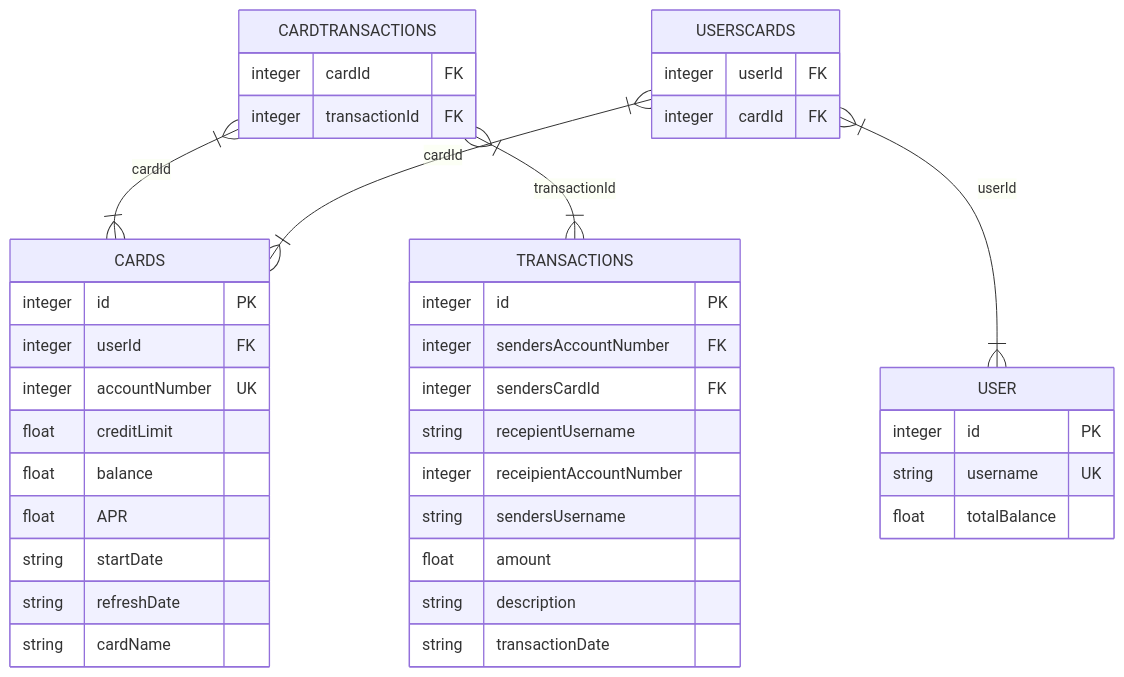
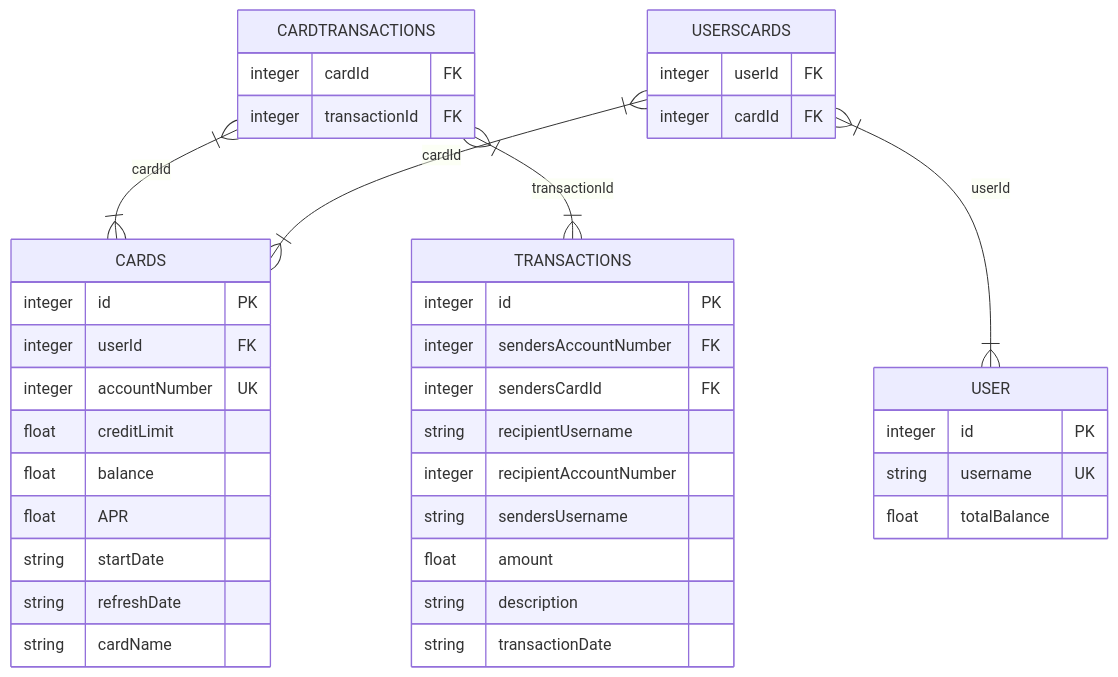
The diagram in README.md (corndel-swe/java-25-project-card-flex), drawn with Mermaid before and after one commit. The commit also changed 1 other file, not shown here.

````diff
--- a/README.md
+++ b/README.md
@@ -3,45 +3,45 @@
 ```mermaid
 
 erDiagram
 CARDTRANSACTIONS |{ --|{CARDS: cardId
 CARDTRANSACTIONS |{ --|{TRANSACTIONS: transactionId
 USERSCARDS |{--|{ CARDS : cardId
 USERSCARDS |{ --|{USER: userId
 
 
 USER {
 integer id PK
 string username UK
 float totalBalance
 }
 USERSCARDS {
     integer userId FK
     integer cardId FK
 }
 CARDS {
 integer id PK
 integer userId FK
 integer accountNumber UK
 float creditLimit
 float balance
 float APR
 string startDate
 string refreshDate
 string cardName
 }
 TRANSACTIONS {
 integer id PK
 integer sendersAccountNumber FK
 integer sendersCardId FK
-string recepientUsername
-integer receipientAccountNumber
+string recipientUsername
+integer recipientAccountNumber
 string sendersUsername
 float amount
 string description
 string transactionDate
 }
 CARDTRANSACTIONS {
     integer cardId FK
     integer transactionId FK
 }
 ```
````
